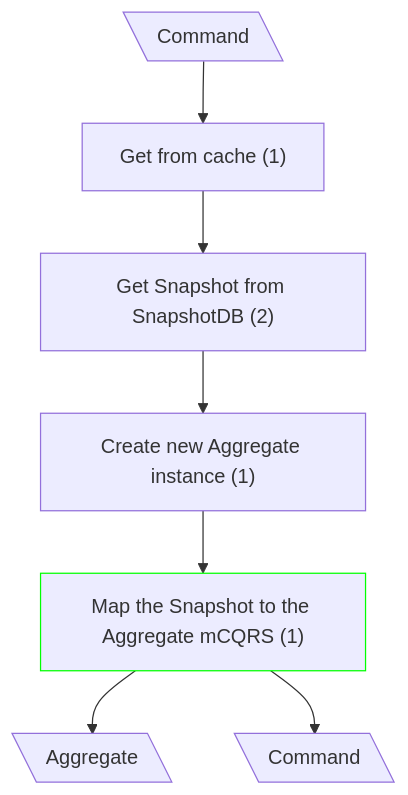
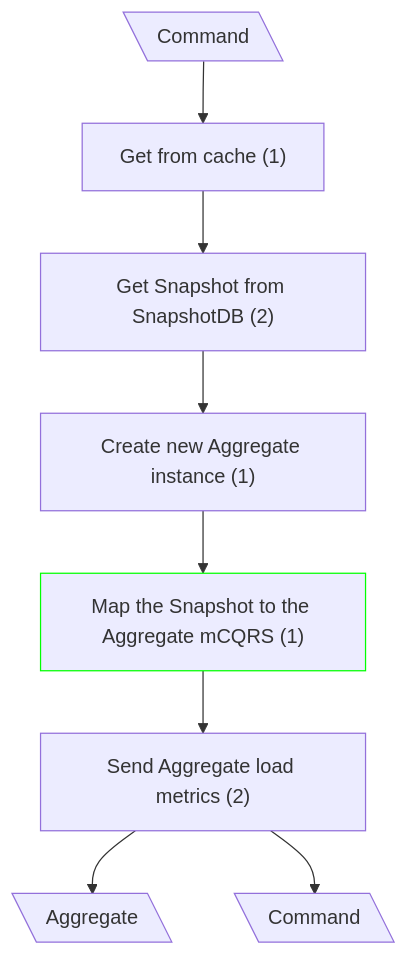
One commit to dmitryhruzin/CQRS-variations-test changed the second of 4 diagrams in docs/CF Complexity/Classical CQRS -> mCQRS/update.md. Above: the diagram before and after it, drawn with Mermaid. The commit also changed other lines of this file and 21 other files, not shown here.

````diff
--- a/docs/CF Complexity/Classical CQRS -> mCQRS/update.md
+++ b/docs/CF Complexity/Classical CQRS -> mCQRS/update.md
@@ -24,11 +25,12 @@
 ```mermaid
 flowchart TD
   classDef mod stroke:#0f0
   A@{ shape: lean-l, label: "Command" }
   A --> B["Get from cache (1)"]
   B --> C["Get Snapshot from SnapshotDB (2)"]
   C --> D["Create new Aggregate instance (1)"]
   D --> E["Map the Snapshot to the Aggregate mCQRS (1)"]:::mod
-  E --> I@{ shape: lean-l, label: "Aggregate" }
-  E --> J@{ shape: lean-l, label: "Command" }
+  E --> M["Send Aggregate load metrics (2)"]
+  M --> I@{ shape: lean-l, label: "Aggregate" }
+  M --> J@{ shape: lean-l, label: "Command" }
 ```
````
